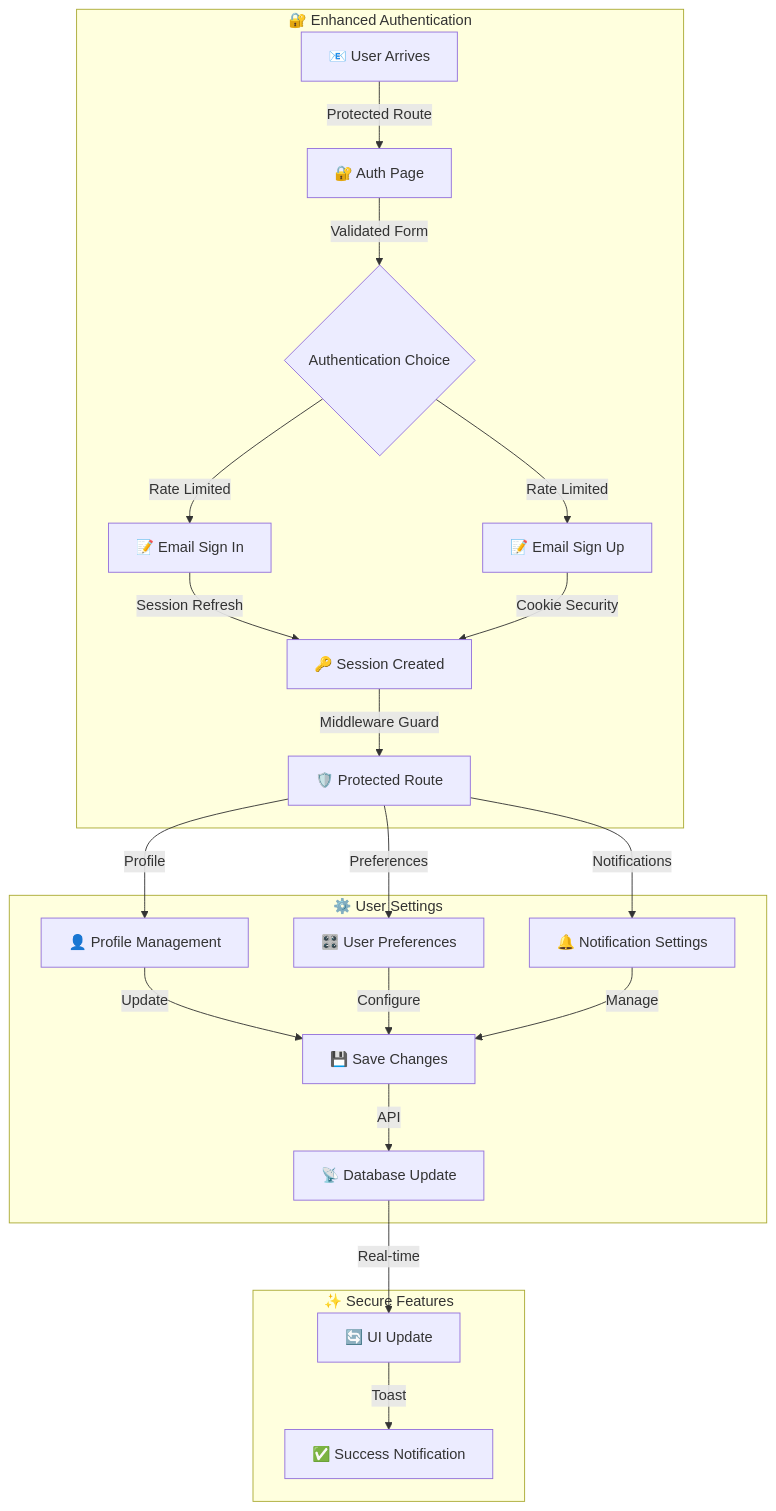
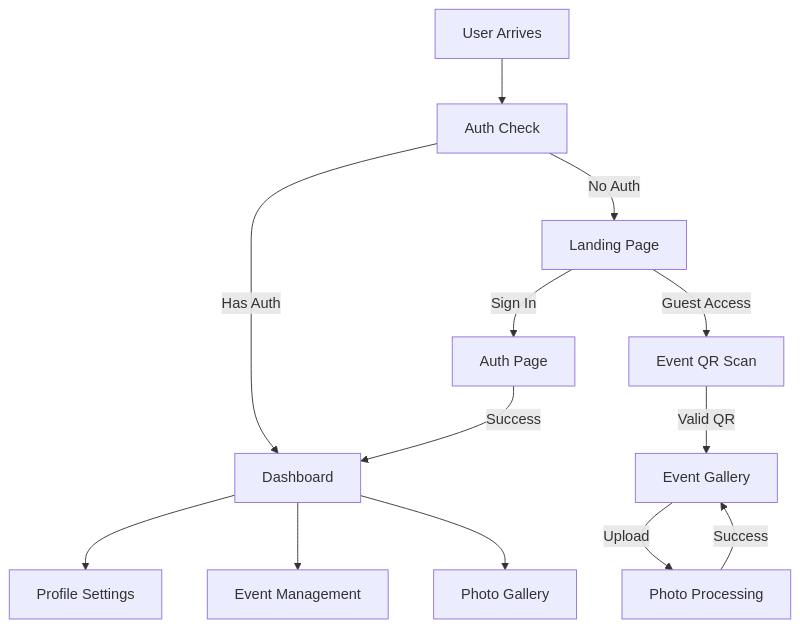
One commit to mrj0nesmtl/cloud-burst changed the diagram in docs/user-flows/user_flow_chart.md. Above: the diagram before and after it, drawn with Mermaid. The commit also changed other lines of this file and 18 other files, not shown here.

````diff
--- a/docs/user-flows/user_flow_chart.md
+++ b/docs/user-flows/user_flow_chart.md
@@ -6,32 +4,19 @@
 ```mermaid
-graph TD
-    subgraph Authentication [🔐 Enhanced Authentication]
-        A[📧 User Arrives] -->|Protected Route| B[🔐 Auth Page]
-        B -->|Validated Form| C{Authentication Choice}
-        
-        C -->|Rate Limited| D[📝 Email Sign In]
-        C -->|Rate Limited| E[📝 Email Sign Up]
-        
-        D -->|Session Refresh| F[🔑 Session Created]
-        E -->|Cookie Security| F
-        
-        F -->|Middleware Guard| G[🛡️ Protected Route]
-    end
-
-    subgraph Settings [⚙️ User Settings]
-        G -->|Profile| H[👤 Profile Management]
-        G -->|Preferences| I[🎛️ User Preferences]
-        G -->|Notifications| J[🔔 Notification Settings]
-        
-        H -->|Update| K[💾 Save Changes]
-        I -->|Configure| K
-        J -->|Manage| K
-        
-        K -->|API| L[📡 Database Update]
-    end
-
-    subgraph Features [✨ Secure Features]
-        L -->|Real-time| M[🔄 UI Update]
-        M -->|Toast| N[✅ Success Notification]
-    end
+flowchart TD
+    A[User Arrives] --> B[Auth Check]
+    B --> |No Auth| C[Landing Page]
+    B --> |Has Auth| D[Dashboard]
+    
+    C --> |Sign In| E[Auth Page]
+    C --> |Guest Access| F[Event QR Scan]
+    
+    E --> |Success| D
+    F --> |Valid QR| G[Event Gallery]
+    
+    D --> H[Profile Settings]
+    D --> I[Event Management]
+    D --> J[Photo Gallery]
+    
+    G --> |Upload| K[Photo Processing]
+    K --> |Success| G
 ```
````
